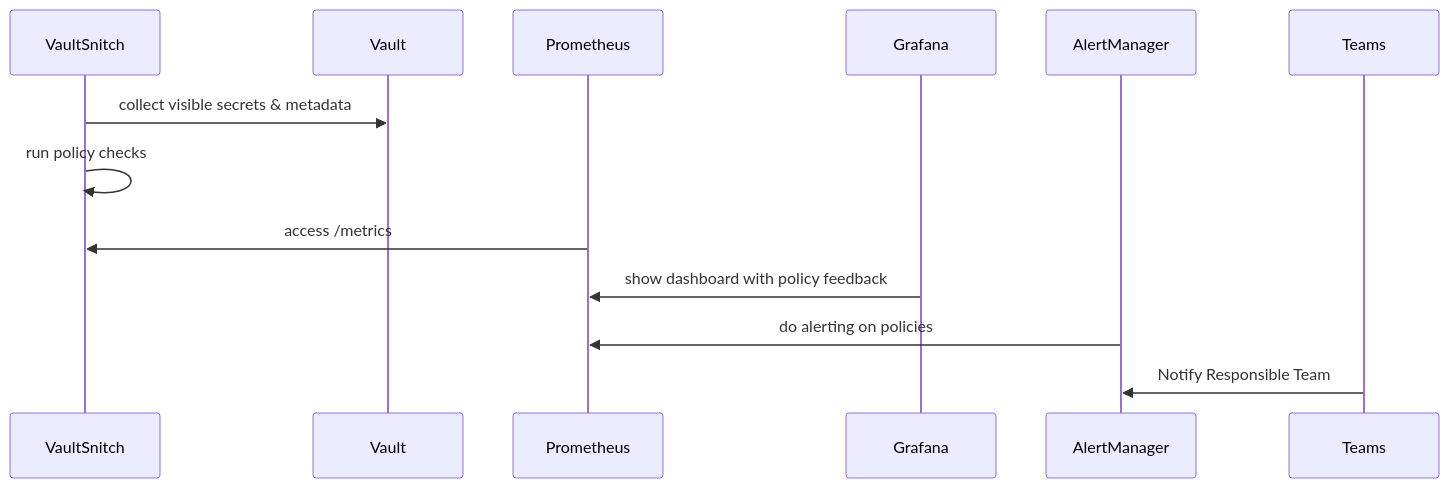
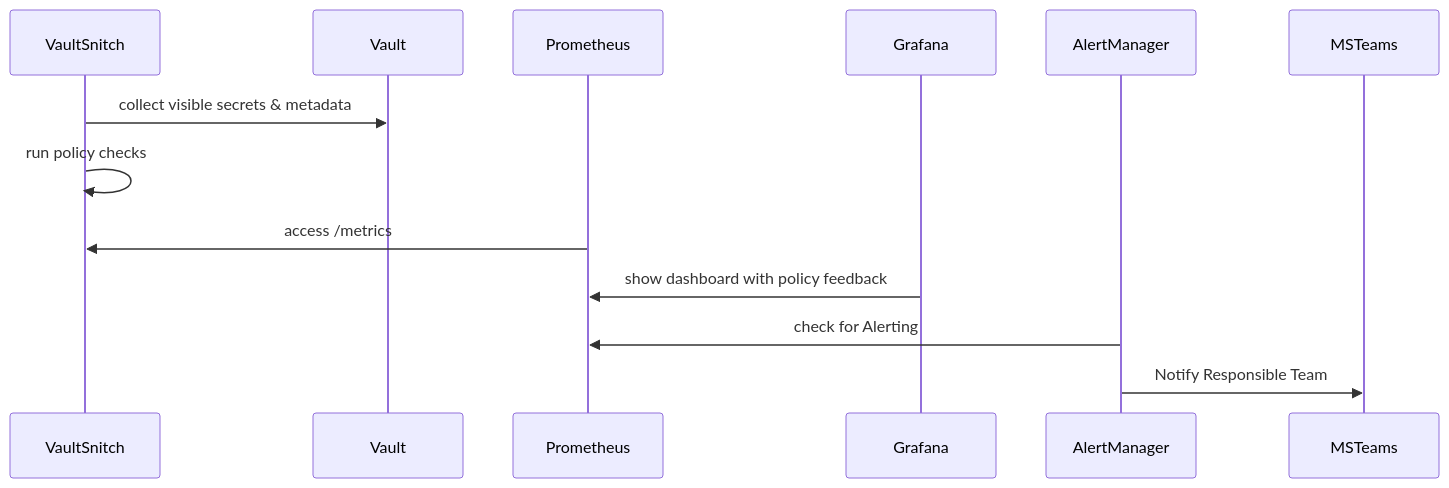
The diagram in README.md (tastybug/vaultsnitch), drawn with Mermaid before and after one commit.

````diff
--- a/README.md
+++ b/README.md
@@ -5,9 +5,9 @@
 ```mermaid
 sequenceDiagram
     VaultSnitch->>Vault: collect visible secrets & metadata
     VaultSnitch->>VaultSnitch: run policy checks
     Prometheus->>VaultSnitch: access /metrics
     Grafana->>Prometheus: show dashboard with policy feedback
-    AlertManager->>Prometheus: do alerting on policies
-    Teams->>AlertManager: Notify Responsible Team
+    AlertManager->>Prometheus: check for Alerting
+    AlertManager->>MSTeams: Notify Responsible Team
 ```
````
